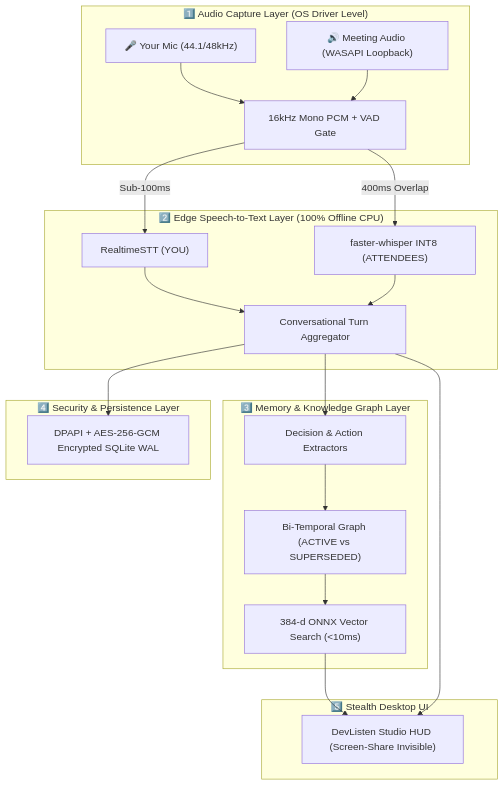
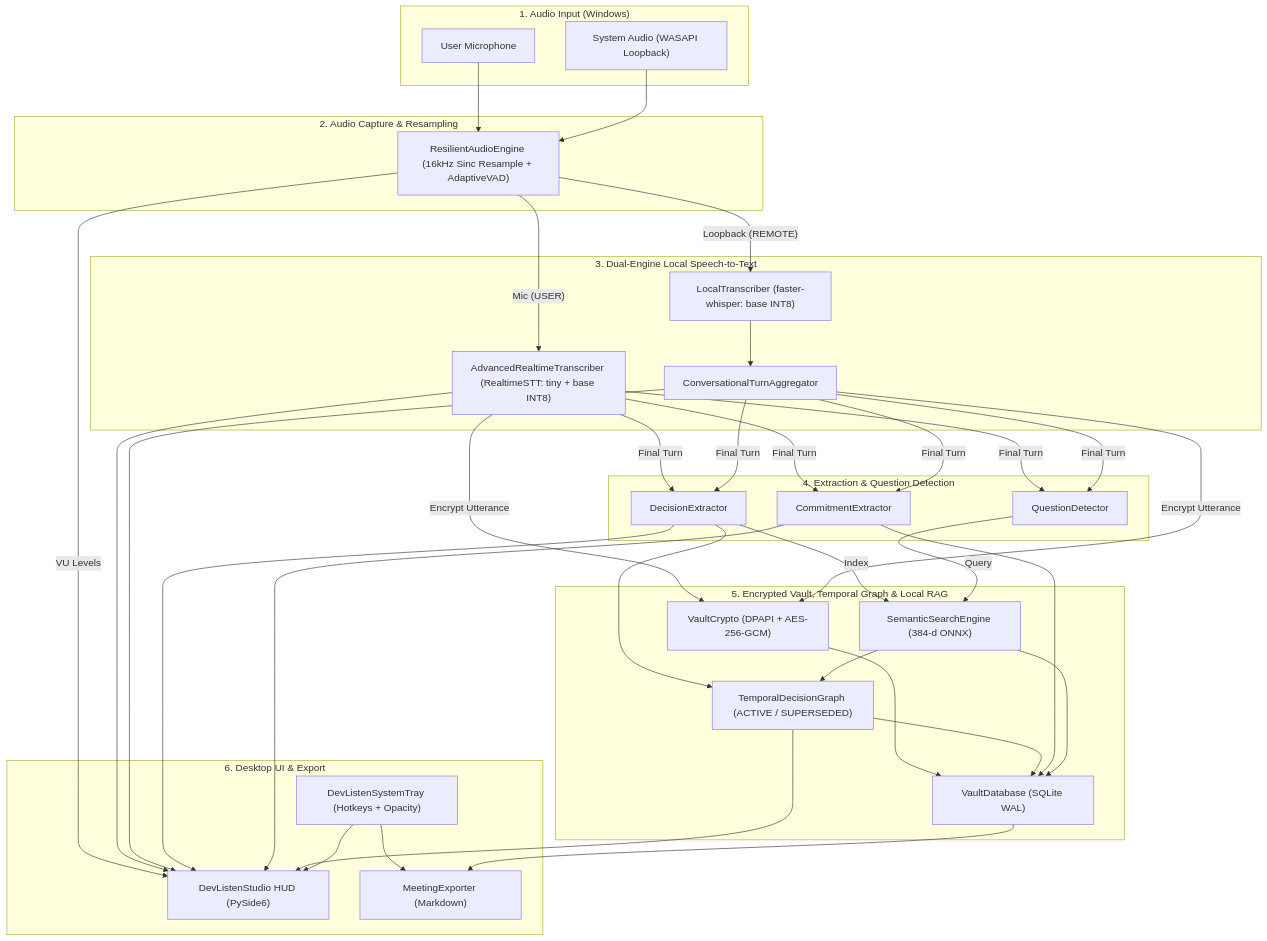
The diagram in README.md (Devanshu777/DevListen), drawn with Mermaid before and after one commit. The commit also changed other lines of this file and 24 other files, not shown here.

````diff
--- a/README.md
+++ b/README.md
@@ -54,27 +92,51 @@
 ```mermaid
 flowchart TD
-    subgraph L1["1️⃣ Audio Capture Layer (OS Driver Level)"]
-        A["🎤 Your Mic (44.1/48kHz)"] & B["🔊 Meeting Audio (WASAPI Loopback)"] --> C["16kHz Mono PCM + VAD Gate"]
+    subgraph Input["1. Audio Input (Windows)"]
+        MIC["User Microphone"]
+        SYS["System Audio (WASAPI Loopback)"]
     end
 
-    subgraph L2["2️⃣ Edge Speech-to-Text Layer (100% Offline CPU)"]
-        C -->|"Sub-100ms"| D["RealtimeSTT (YOU)"]
-        C -->|"400ms Overlap"| E["faster-whisper INT8 (ATTENDEES)"]
-        D & E --> F["Conversational Turn Aggregator"]
+    subgraph Audio["2. Audio Capture & Resampling"]
+        ENG["ResilientAudioEngine (16kHz Sinc Resample + AdaptiveVAD)"]
+        MIC --> ENG
+        SYS --> ENG
     end
 
-    subgraph L3["3️⃣ Memory & Knowledge Graph Layer"]
-        F --> G["Decision & Action Extractors"]
-        G --> H["Bi-Temporal Graph (ACTIVE vs SUPERSEDED)"]
-        H --> I["384-d ONNX Vector Search (<10ms)"]
+    subgraph ASR["3. Dual-Engine Local Speech-to-Text"]
+        RT["AdvancedRealtimeTranscriber (RealtimeSTT: tiny + base INT8)"]
+        LT["LocalTranscriber (faster-whisper: base INT8)"]
+        TA["ConversationalTurnAggregator"]
+        ENG -->|"Mic (USER)"| RT
+        ENG -->|"Loopback (REMOTE)"| LT
+        LT --> TA
     end
 
-    subgraph L4["4️⃣ Security & Persistence Layer"]
-        F --> J["DPAPI + AES-256-GCM Encrypted SQLite WAL"]
+    subgraph Extract["4. Extraction & Question Detection"]
+        QD["QuestionDetector"]
+        DE["DecisionExtractor"]
+        CE["CommitmentExtractor"]
+        RT & TA -->|"Final Turn"| QD & DE & CE
     end
 
-    subgraph L5["5️⃣ Stealth Desktop UI"]
-        I --> K["DevListen Studio HUD (Screen-Share Invisible)"]
-        F --> K
+    subgraph Storage["5. Encrypted Vault, Temporal Graph & Local RAG"]
+        CR["VaultCrypto (DPAPI + AES-256-GCM)"]
+        DB["VaultDatabase (SQLite WAL)"]
+        TG["TemporalDecisionGraph (ACTIVE / SUPERSEDED)"]
+        RAG["SemanticSearchEngine (384-d ONNX)"]
+        RT & TA -->|"Encrypt Utterance"| CR --> DB
+        DE --> TG --> DB
+        CE --> DB
+        DE -->|"Index"| RAG --> DB
+        QD -->|"Query"| RAG --> TG
+    end
+
+    subgraph UI["6. Desktop UI & Export"]
+        HUD["DevListenStudio HUD (PySide6)"]
+        TRAY["DevListenSystemTray (Hotkeys + Opacity)"]
+        EXP["MeetingExporter (Markdown)"]
+        ENG -->|"VU Levels"| HUD
+        RT & TA & DE & CE & TG --> HUD
+        TRAY --> HUD & EXP
+        DB --> EXP
     end
 ```
````
